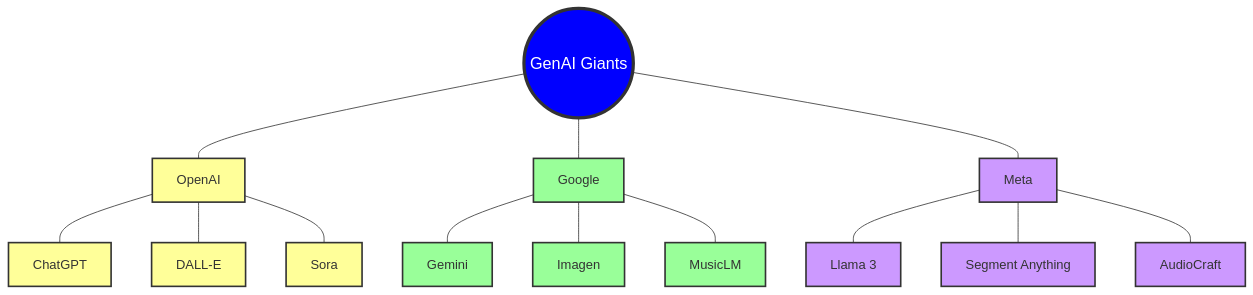
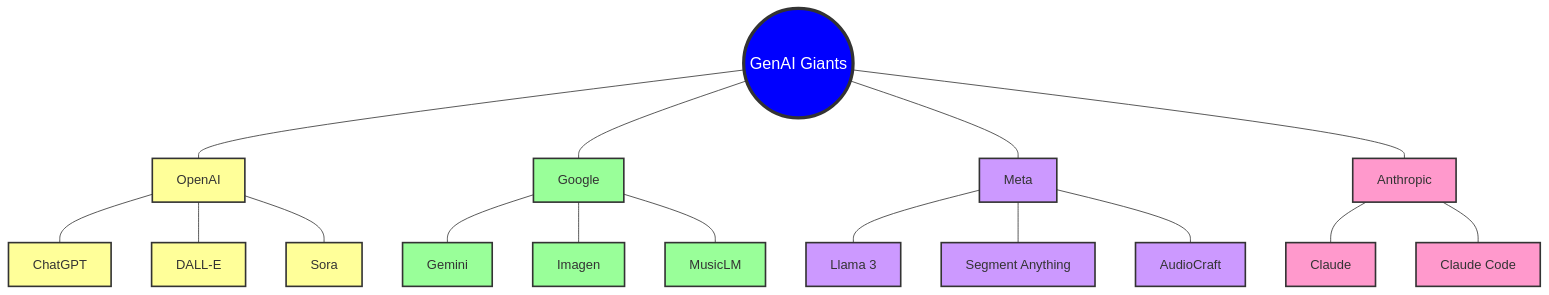
One commit to parimargu/learn-generative-ai-in-101-days-genai-for-beginners changed the second of 4 diagrams in Day1_Intro_to_GenAI.md. Above: the diagram before and after it, drawn with Mermaid. The commit also changed other lines of this file and 1 other file, not shown here.

````diff
--- a/Day1_Intro_to_GenAI.md
+++ b/Day1_Intro_to_GenAI.md
@@ -49,34 +52,41 @@
 ```mermaid
 graph TD
     Root((GenAI Giants))
     
     %% OpenAI Branch
     Root --- OpenAI[OpenAI]
     OpenAI --- ChatGPT[ChatGPT]
-    OpenAI --- DALL-E[DALL-E]
+    OpenAI --- DALL_E[DALL-E]
     OpenAI --- Sora[Sora]
     
     %% Google Branch
     Root --- Google[Google]
     Google --- Gemini[Gemini]
     Google --- Imagen[Imagen]
     Google --- MusicLM[MusicLM]
     
     %% Meta Branch
     Root --- Meta[Meta]
     Meta --- Llama3[Llama 3]
     Meta --- SegAny[Segment Anything]
     Meta --- AudioCraft[AudioCraft]
 
+    %% Anthropic Branch
+    Root --- Anthropic[Anthropic]
+    Anthropic --- Claude[Claude]
+    Anthropic --- Claude_Code[Claude Code]
+
     %% Class Definitions for Colors
     classDef rootStyle fill:#00f,color:#fff,stroke:#333,stroke-width:4px,font-size:20px;
     classDef openAI fill:#ff9,stroke:#333,stroke-width:2px;
     classDef google fill:#9f9,stroke:#333,stroke-width:2px;
     classDef meta fill:#c9f,stroke:#333,stroke-width:2px;
+    classDef anthropic fill:#f9c,stroke:#333,stroke-width:2px;
 
     %% Applying Classes
     class Root rootStyle
-    class OpenAI,ChatGPT,DALL-E,Sora openAI
+    class OpenAI,ChatGPT,DALL_E,Sora openAI
     class Google,Gemini,Imagen,MusicLM google
     class Meta,Llama3,SegAny,AudioCraft meta
+    class Anthropic,Claude,Claude_Code anthropic
 ```
````
